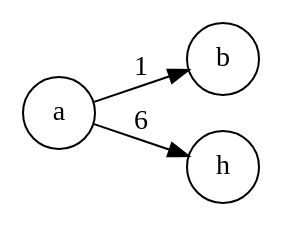
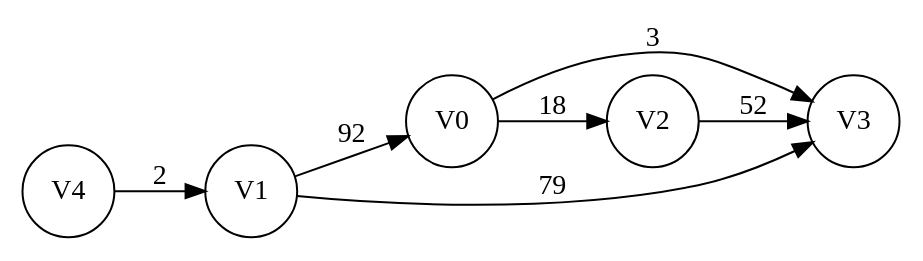
Before and after one commit to mrnetbear/Alg-progs: the diagram in lab5/build/graph.dot, drawn with Graphviz. The commit also changed 10 other files, not shown here.

```diff
--- a/lab5/build/graph.dot
+++ b/lab5/build/graph.dot
@@ -1,11 +1,17 @@
 digraph G {
   rankdir=LR;
   node [shape=circle];
 
-  "b" [pos="2,2!"];
-  "h" [pos="6,6!"];
-  "a" [pos="1,1!"];
+  "V0" [pos="18.5787,95.0456!"];
+  "V4" [pos="30.108,60.0468!"];
+  "V1" [pos="3.75016,20.807!"];
+  "V3" [pos="40.2014,85.2733!"];
+  "V2" [pos="82.8002,94.2421!"];
 
-  "a" -> "b" [label="1"];
-  "a" -> "h" [label="6"];
+  "V0" -> "V3" [label="3"];
+  "V0" -> "V2" [label="18"];
+  "V4" -> "V1" [label="2"];
+  "V1" -> "V3" [label="79"];
+  "V1" -> "V0" [label="92"];
+  "V2" -> "V3" [label="52"];
 }
```
